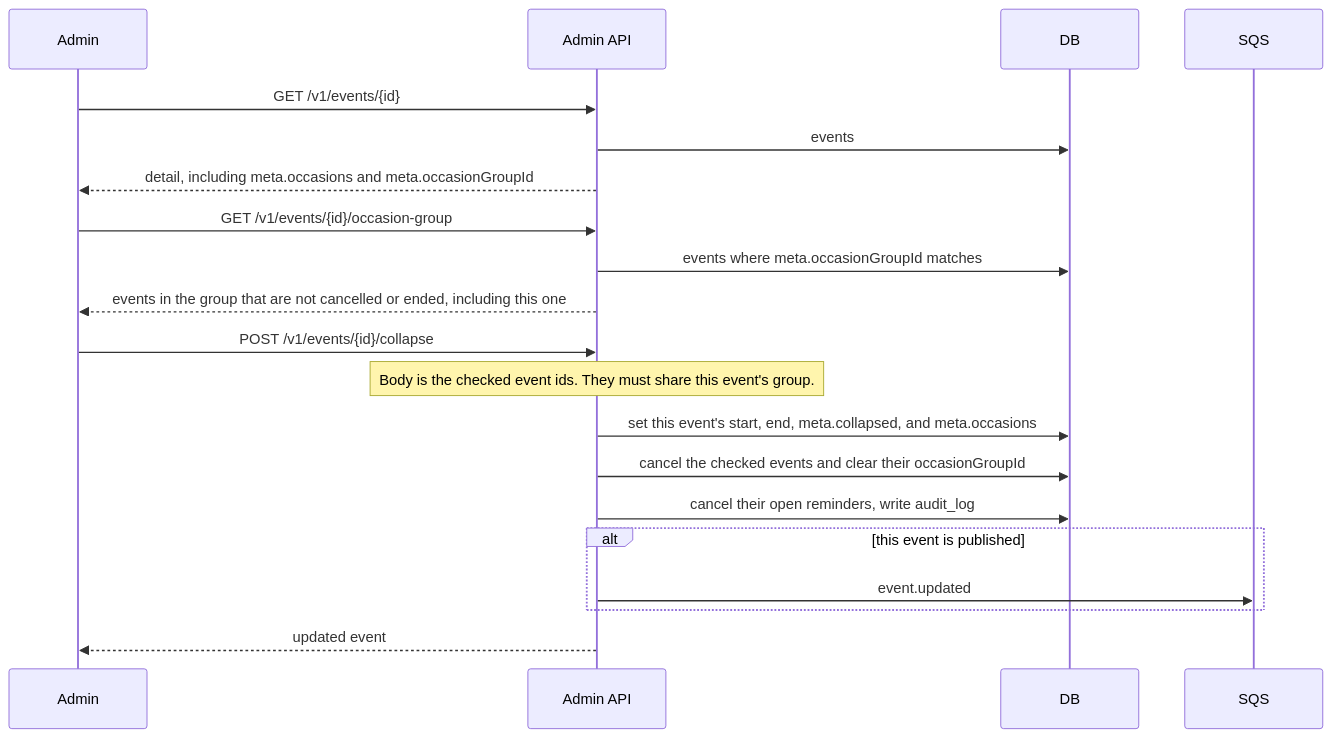
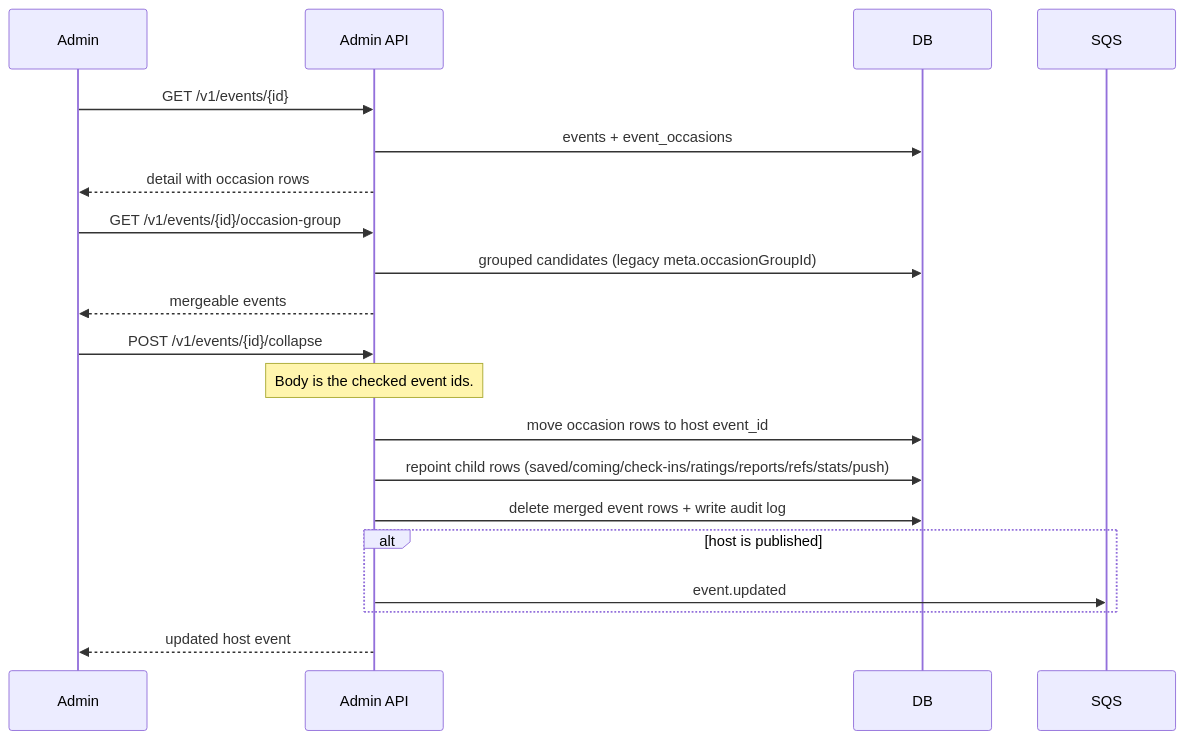
Before and after one commit to BradleySmallbottoms/evently: the diagram in docs/flows/admin-collapse-occasions.md, drawn with Mermaid. The commit also changed other lines of this file and 47 other files, not shown here.

First line of the commit message:
Refactor event handling and occasion management in admin API

````diff
--- a/docs/flows/admin-collapse-occasions.md
+++ b/docs/flows/admin-collapse-occasions.md
@@ -7,22 +7,22 @@
 ```mermaid
 sequenceDiagram
   participant Admin
   participant API as Admin API
   participant DB
   participant SQS
   Admin->>API: GET /v1/events/{id}
-  API->>DB: events
-  API-->>Admin: detail, including meta.occasions and meta.occasionGroupId
+  API->>DB: events + event_occasions
+  API-->>Admin: detail with occasion rows
   Admin->>API: GET /v1/events/{id}/occasion-group
-  API->>DB: events where meta.occasionGroupId matches
-  API-->>Admin: events in the group that are not cancelled or ended, including this one
+  API->>DB: grouped candidates (legacy meta.occasionGroupId)
+  API-->>Admin: mergeable events
   Admin->>API: POST /v1/events/{id}/collapse
-  Note over API: Body is the checked event ids. They must share this event's group.
-  API->>DB: set this event's start, end, meta.collapsed, and meta.occasions
-  API->>DB: cancel the checked events and clear their occasionGroupId
-  API->>DB: cancel their open reminders, write audit_log
-  alt this event is published
+  Note over API: Body is the checked event ids.
+  API->>DB: move occasion rows to host event_id
+  API->>DB: repoint child rows (saved/coming/check-ins/ratings/reports/refs/stats/push)
+  API->>DB: delete merged event rows + write audit log
+  alt host is published
     API->>SQS: event.updated
   end
-  API-->>Admin: updated event
+  API-->>Admin: updated host event
 ```
````
